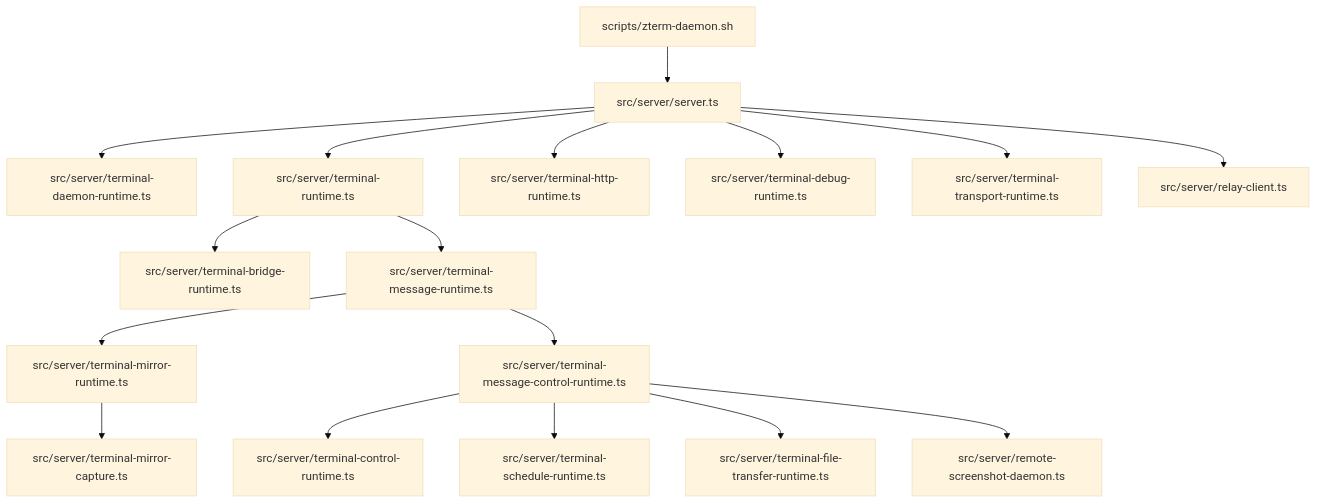
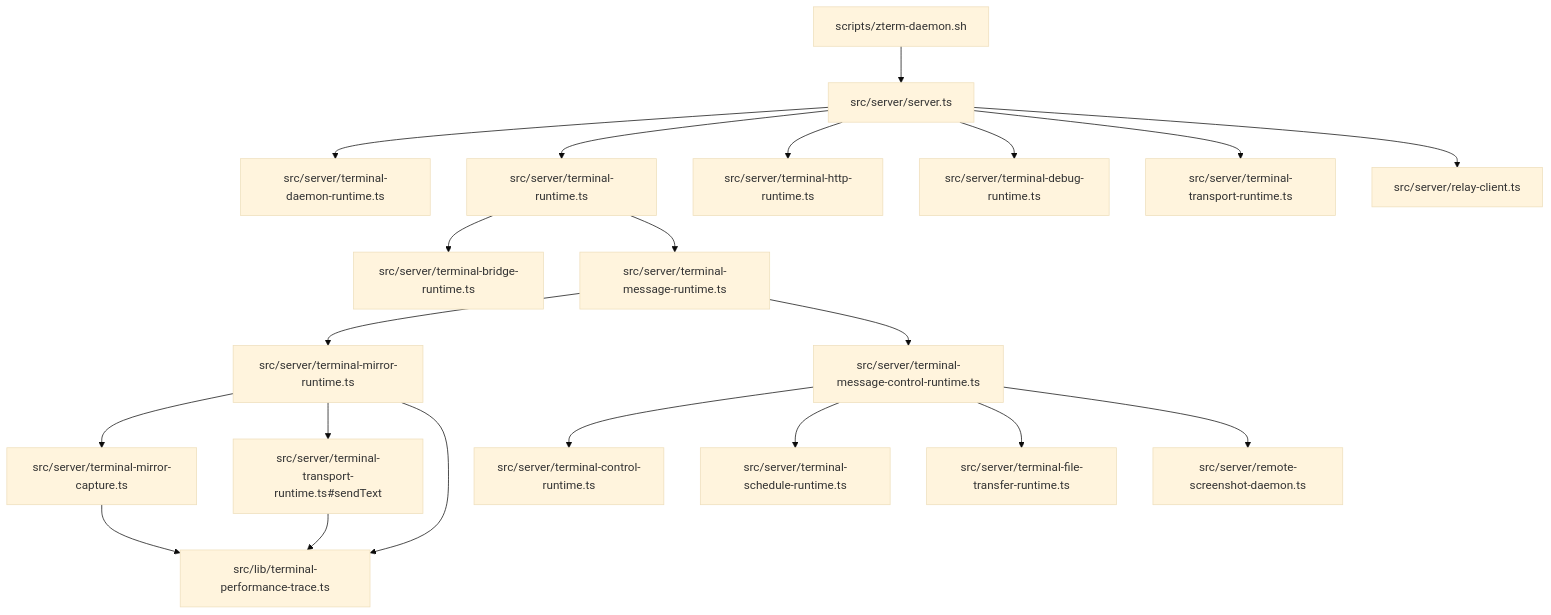
The third of 5 diagrams in android/docs/wiki/mainline-source.md (Jasonzhangf/zterm), drawn with Mermaid (base theme) before and after one commit. The commit also changed other lines of this file and 169 other files, not shown here.

````diff
--- a/android/docs/wiki/mainline-source.md
+++ b/android/docs/wiki/mainline-source.md
@@ -37,19 +66,23 @@
 ```mermaid
 flowchart TD
   CLI["scripts/zterm-daemon.sh"] --> Server["src/server/server.ts"]
   Server --> DaemonRuntime["src/server/terminal-daemon-runtime.ts"]
   Server --> Runtime["src/server/terminal-runtime.ts"]
   Runtime --> Bridge["src/server/terminal-bridge-runtime.ts"]
   Runtime --> Message["src/server/terminal-message-runtime.ts"]
   Message --> Mirror["src/server/terminal-mirror-runtime.ts"]
   Mirror --> Capture["src/server/terminal-mirror-capture.ts"]
+  Mirror --> TransportSend["src/server/terminal-transport-runtime.ts#sendText"]
+  Capture --> PerformanceTrace["src/lib/terminal-performance-trace.ts"]
+  Mirror --> PerformanceTrace
+  TransportSend --> PerformanceTrace
   Message --> Control["src/server/terminal-message-control-runtime.ts"]
   Control --> Tmux["src/server/terminal-control-runtime.ts"]
   Control --> Schedule["src/server/terminal-schedule-runtime.ts"]
   Control --> Transfer["src/server/terminal-file-transfer-runtime.ts"]
   Control --> Screenshot["src/server/remote-screenshot-daemon.ts"]
   Server --> Http["src/server/terminal-http-runtime.ts"]
   Server --> Debug["src/server/terminal-debug-runtime.ts"]
   Server --> Transport["src/server/terminal-transport-runtime.ts"]
   Server --> Relay["src/server/relay-client.ts"]
 ```
````
